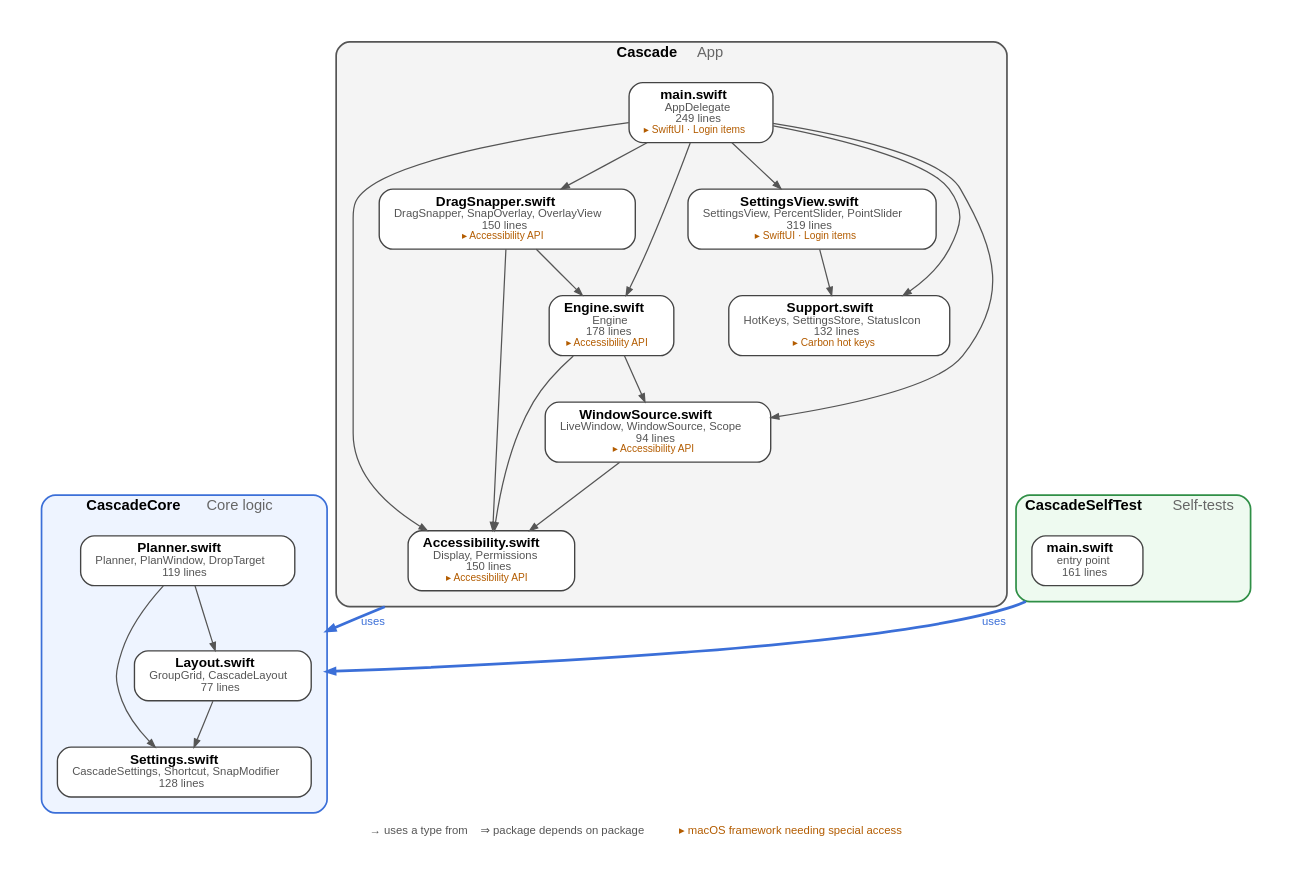
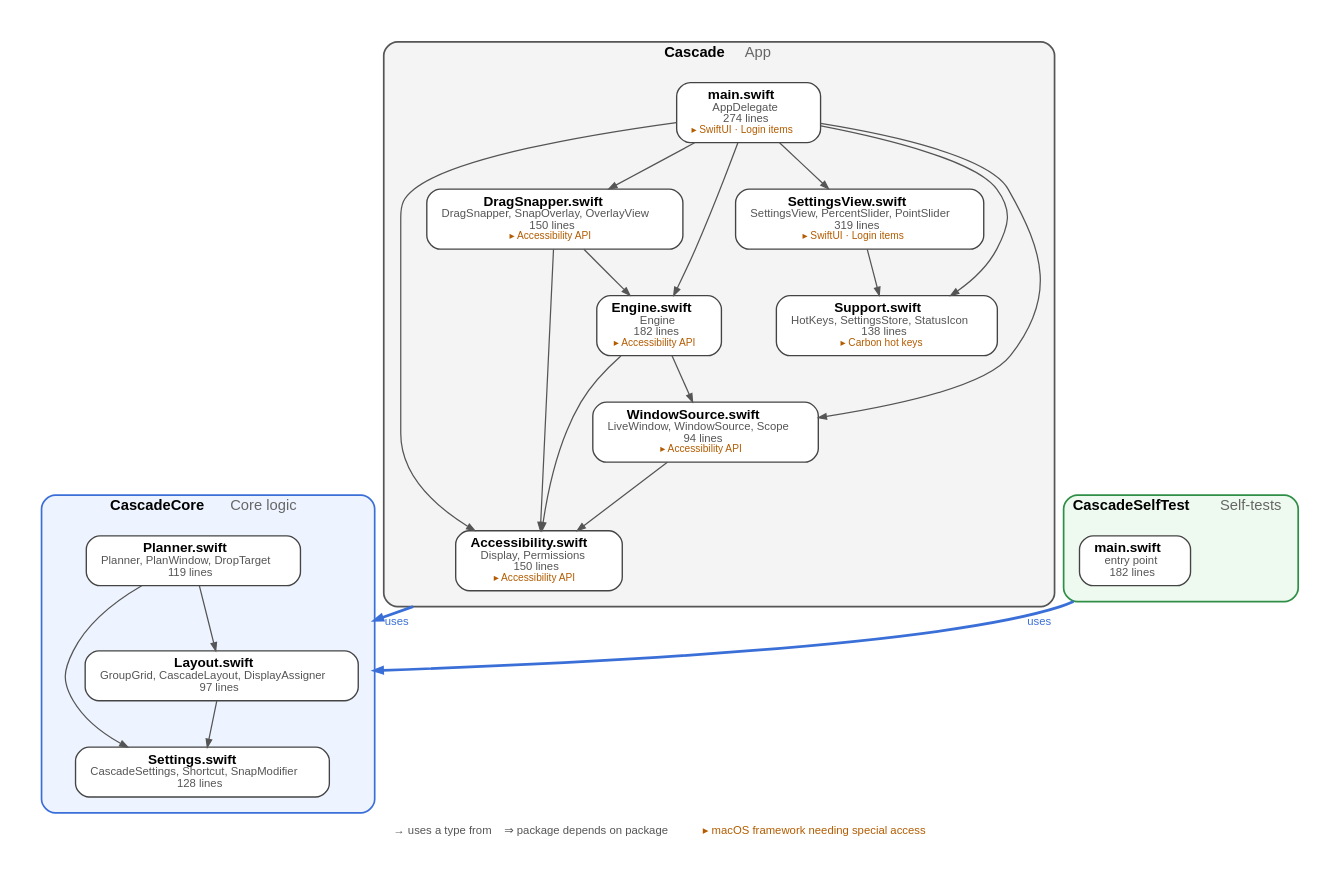
Before and after one commit to hasansayani/MacOSApps-Cascade: the diagram in docs/code-graph.dot, drawn with Graphviz. The commit also changed 4 other files, not shown here.

```diff
--- a/docs/code-graph.dot
+++ b/docs/code-graph.dot
@@ -1,46 +1,46 @@
 digraph Cascade {
   graph [rankdir=TB, compound=true, nodesep=0.3, ranksep=0.55, pad=0.3, bgcolor="white", fontname="Helvetica", fontsize=13];
   node [shape=box, style="rounded,filled", fillcolor=white, color="#444444", penwidth=1.2, fontname="Helvetica", fontsize=12, margin="0.18,0.08"];
   edge [color="#555555", arrowsize=0.7, penwidth=1.1];
   subgraph cluster_CascadeCore {
     label=<<b>CascadeCore</b>  <font color="#666666">Core logic</font>>;
     style="rounded,filled"; fillcolor="#eef4ff"; color="#3b6fd8"; penwidth=1.5; margin=14;
-    CascadeCore_Layout [label=<<b>Layout.swift</b><br/><font point-size="10" color="#555555">GroupGrid, CascadeLayout<br/>77 lines</font>>];
+    CascadeCore_Layout [label=<<b>Layout.swift</b><br/><font point-size="10" color="#555555">GroupGrid, CascadeLayout, DisplayAssigner<br/>97 lines</font>>];
     CascadeCore_Planner [label=<<b>Planner.swift</b><br/><font point-size="10" color="#555555">Planner, PlanWindow, DropTarget<br/>119 lines</font>>];
     CascadeCore_Settings [label=<<b>Settings.swift</b><br/><font point-size="10" color="#555555">CascadeSettings, Shortcut, SnapModifier<br/>128 lines</font>>];
   }
   subgraph cluster_Cascade {
     label=<<b>Cascade</b>  <font color="#666666">App</font>>;
     style="rounded,filled"; fillcolor="#f4f4f4"; color="#555555"; penwidth=1.5; margin=14;
     Cascade_Accessibility [label=<<b>Accessibility.swift</b><br/><font point-size="10" color="#555555">Display, Permissions<br/>150 lines</font><br/><font point-size="9.5" color="#b35c00">▸ Accessibility API</font>>];
     Cascade_DragSnapper [label=<<b>DragSnapper.swift</b><br/><font point-size="10" color="#555555">DragSnapper, SnapOverlay, OverlayView<br/>150 lines</font><br/><font point-size="9.5" color="#b35c00">▸ Accessibility API</font>>];
-    Cascade_Engine [label=<<b>Engine.swift</b><br/><font point-size="10" color="#555555">Engine<br/>178 lines</font><br/><font point-size="9.5" color="#b35c00">▸ Accessibility API</font>>];
+    Cascade_Engine [label=<<b>Engine.swift</b><br/><font point-size="10" color="#555555">Engine<br/>182 lines</font><br/><font point-size="9.5" color="#b35c00">▸ Accessibility API</font>>];
     Cascade_SettingsView [label=<<b>SettingsView.swift</b><br/><font point-size="10" color="#555555">SettingsView, PercentSlider, PointSlider<br/>319 lines</font><br/><font point-size="9.5" color="#b35c00">▸ SwiftUI · Login items</font>>];
-    Cascade_Support [label=<<b>Support.swift</b><br/><font point-size="10" color="#555555">HotKeys, SettingsStore, StatusIcon<br/>132 lines</font><br/><font point-size="9.5" color="#b35c00">▸ Carbon hot keys</font>>];
+    Cascade_Support [label=<<b>Support.swift</b><br/><font point-size="10" color="#555555">HotKeys, SettingsStore, StatusIcon<br/>138 lines</font><br/><font point-size="9.5" color="#b35c00">▸ Carbon hot keys</font>>];
     Cascade_WindowSource [label=<<b>WindowSource.swift</b><br/><font point-size="10" color="#555555">LiveWindow, WindowSource, Scope<br/>94 lines</font><br/><font point-size="9.5" color="#b35c00">▸ Accessibility API</font>>];
-    Cascade_main [label=<<b>main.swift</b><br/><font point-size="10" color="#555555">AppDelegate<br/>249 lines</font><br/><font point-size="9.5" color="#b35c00">▸ SwiftUI · Login items</font>>];
+    Cascade_main [label=<<b>main.swift</b><br/><font point-size="10" color="#555555">AppDelegate<br/>274 lines</font><br/><font point-size="9.5" color="#b35c00">▸ SwiftUI · Login items</font>>];
   }
   subgraph cluster_CascadeSelfTest {
     label=<<b>CascadeSelfTest</b>  <font color="#666666">Self-tests</font>>;
     style="rounded,filled"; fillcolor="#eefaf0"; color="#2f8f46"; penwidth=1.5; margin=14;
-    CascadeSelfTest_main [label=<<b>main.swift</b><br/><font point-size="10" color="#555555">entry point<br/>161 lines</font>>];
+    CascadeSelfTest_main [label=<<b>main.swift</b><br/><font point-size="10" color="#555555">entry point<br/>182 lines</font>>];
   }
   labelloc=b; label=<<font point-size="10" color="#555555">→ uses a type from    ⇒ package depends on package    <font color="#b35c00">▸ macOS framework needing special access</font></font>>;
   CascadeCore_Layout -> CascadeCore_Settings;
   CascadeCore_Planner -> CascadeCore_Layout;
   CascadeCore_Planner -> CascadeCore_Settings;
   Cascade_DragSnapper -> Cascade_Accessibility;
   Cascade_DragSnapper -> Cascade_Engine;
   Cascade_Engine -> Cascade_Accessibility;
   Cascade_Engine -> Cascade_WindowSource;
   Cascade_SettingsView -> Cascade_Support;
   Cascade_WindowSource -> Cascade_Accessibility;
   Cascade_main -> Cascade_Accessibility;
   Cascade_main -> Cascade_DragSnapper;
   Cascade_main -> Cascade_Engine;
   Cascade_main -> Cascade_SettingsView;
   Cascade_main -> Cascade_Support;
   Cascade_main -> Cascade_WindowSource;
   Cascade_Accessibility -> CascadeCore_Layout [ltail=cluster_Cascade, lhead=cluster_CascadeCore, penwidth=2.4, color="#3b6fd8", label=" uses ", fontname="Helvetica", fontsize=10, fontcolor="#3b6fd8"];
   CascadeSelfTest_main -> CascadeCore_Layout [ltail=cluster_CascadeSelfTest, lhead=cluster_CascadeCore, penwidth=2.4, color="#3b6fd8", label=" uses ", fontname="Helvetica", fontsize=10, fontcolor="#3b6fd8"];
 }
```
